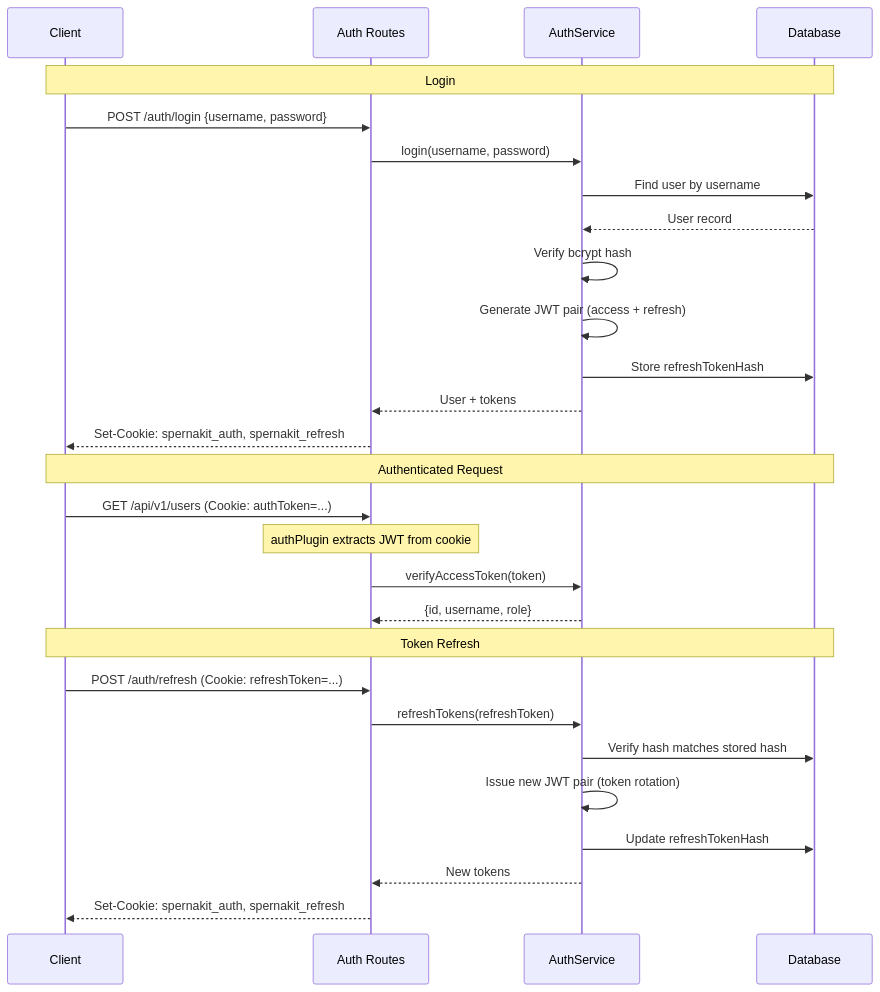
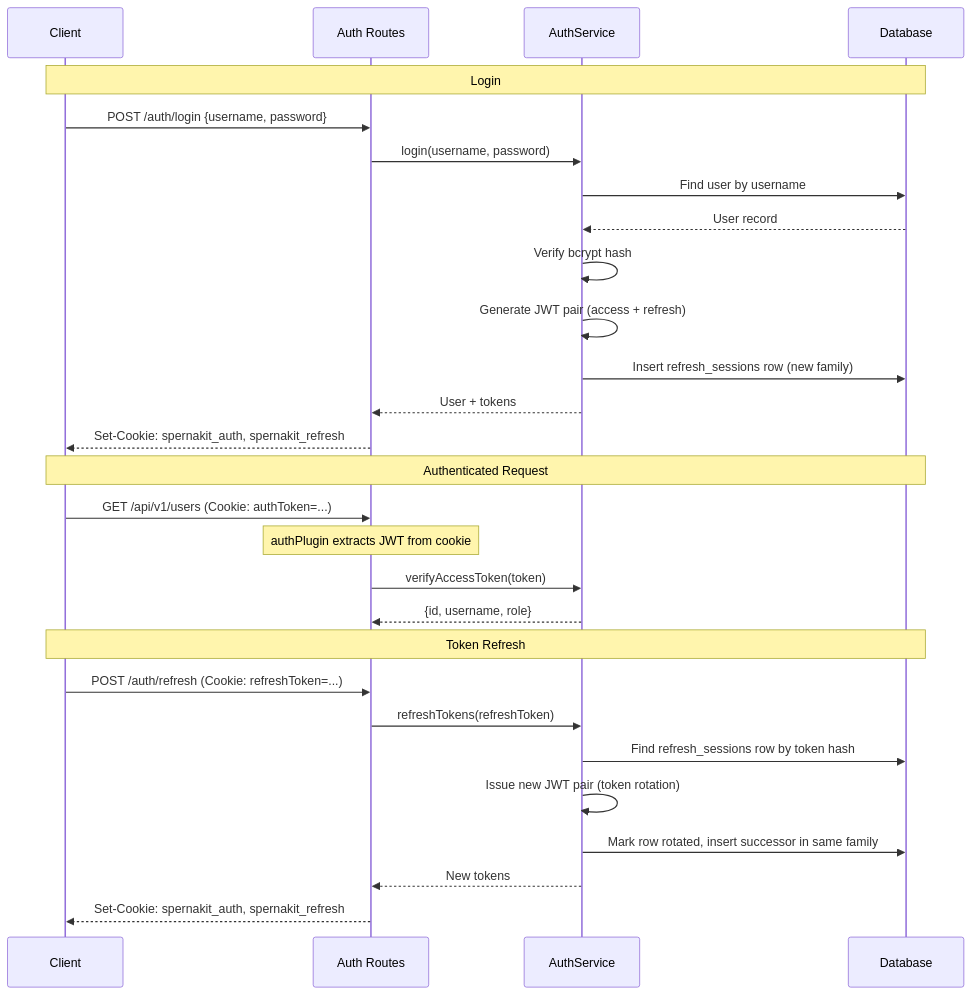
Before and after one commit to NomadicDaddy/spernakit: the third of 4 diagrams in docs/template/architecture/backend-architecture.md, drawn with Mermaid. The commit also changed 248 other files, not shown here.

````diff
--- a/docs/template/architecture/backend-architecture.md
+++ b/docs/template/architecture/backend-architecture.md
@@ -107,33 +107,33 @@
 ```mermaid
 sequenceDiagram
     participant C as Client
     participant A as Auth Routes
     participant S as AuthService
     participant D as Database
 
     Note over C,D: Login
     C->>A: POST /auth/login {username, password}
     A->>S: login(username, password)
     S->>D: Find user by username
     D-->>S: User record
     S->>S: Verify bcrypt hash
     S->>S: Generate JWT pair (access + refresh)
-    S->>D: Store refreshTokenHash
+    S->>D: Insert refresh_sessions row (new family)
     S-->>A: User + tokens
     A-->>C: Set-Cookie: spernakit_auth, spernakit_refresh
 
     Note over C,D: Authenticated Request
     C->>A: GET /api/v1/users (Cookie: authToken=...)
     Note over A: authPlugin extracts JWT from cookie
     A->>S: verifyAccessToken(token)
     S-->>A: {id, username, role}
 
     Note over C,D: Token Refresh
     C->>A: POST /auth/refresh (Cookie: refreshToken=...)
     A->>S: refreshTokens(refreshToken)
-    S->>D: Verify hash matches stored hash
+    S->>D: Find refresh_sessions row by token hash
     S->>S: Issue new JWT pair (token rotation)
-    S->>D: Update refreshTokenHash
+    S->>D: Mark row rotated, insert successor in same family
     S-->>A: New tokens
     A-->>C: Set-Cookie: spernakit_auth, spernakit_refresh
 ```
````
